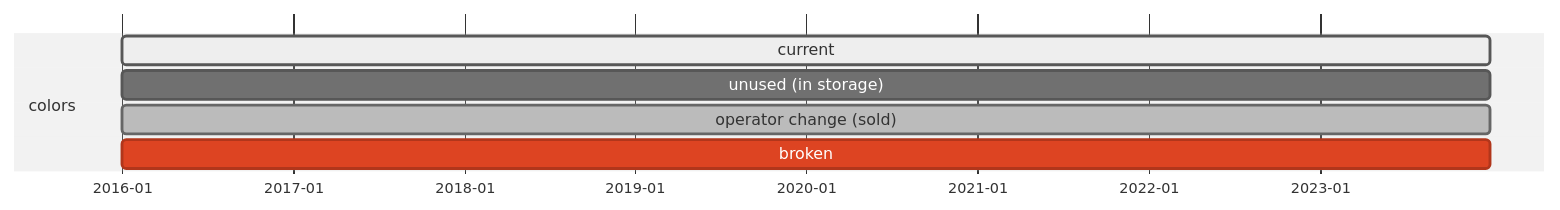
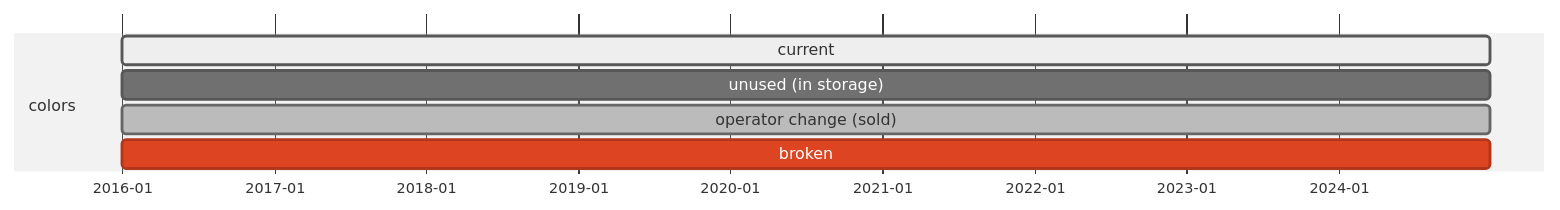
One commit to bill-of-materials/data changed the first of 2 diagrams in ARTIFACTS/RTF-0001/README.md. Above: the diagram before and after it, drawn with Mermaid (neutral theme). The commit also changed other lines of this file and 11 other files, not shown here.

````diff
--- a/ARTIFACTS/RTF-0001/README.md
+++ b/ARTIFACTS/RTF-0001/README.md
@@ -118,13 +118,13 @@
 ```mermaid
 gantt
   todayMarker off
 
   dateFormat    YYYY-MM-DD
   axisFormat    %Y-%m
 
   section colors
-  current                            :active,    2016-01-01, 2023-12-31
-  unused (in storage)                : ,         2016-01-01, 2023-12-31
-  operator change (sold)             :done,      2016-01-01, 2023-12-31
-  broken                             :crit,      2016-01-01, 2023-12-31
+  current                            :active,    2016-01-01, 2024-12-31
+  unused (in storage)                : ,         2016-01-01, 2024-12-31
+  operator change (sold)             :done,      2016-01-01, 2024-12-31
+  broken                             :crit,      2016-01-01, 2024-12-31
 ```
````
